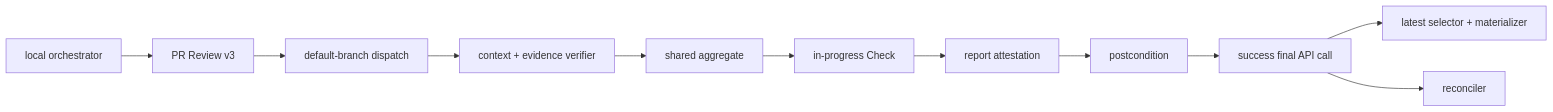
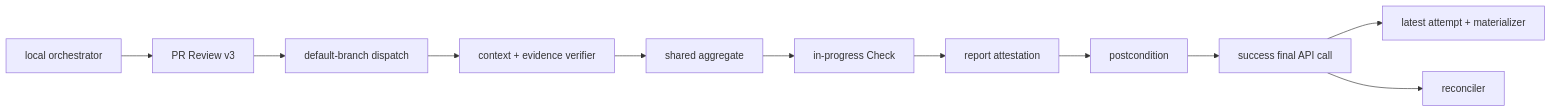
One commit to techbeansjp-free/AGENTS.md changed the diagram in DESIGN.md. Above: the diagram before and after it, drawn with Mermaid. The commit also changed other lines of this file and 2 other files, not shown here.

````diff
--- a/DESIGN.md
+++ b/DESIGN.md
@@ -30,13 +31,13 @@
 ```mermaid
 flowchart LR
   L[local orchestrator] --> R[PR Review v3]
   R --> D[default-branch dispatch]
   D --> V[context + evidence verifier]
   V --> A[shared aggregate]
   A --> C[in-progress Check]
   C --> T[report attestation]
   T --> P[postcondition]
   P --> S[success final API call]
-  S --> M[latest selector + materializer]
+  S --> M[latest attempt + materializer]
   S --> G[reconciler]
 ```
````
